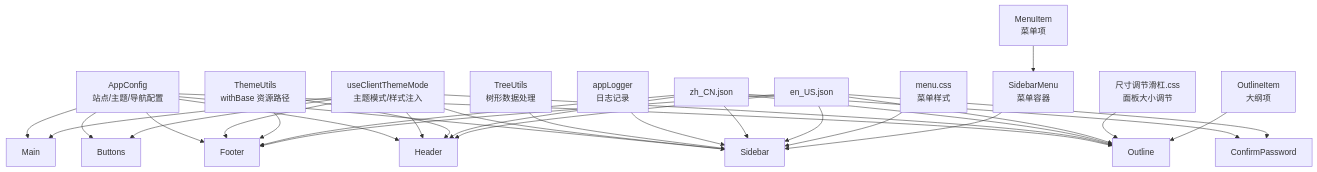
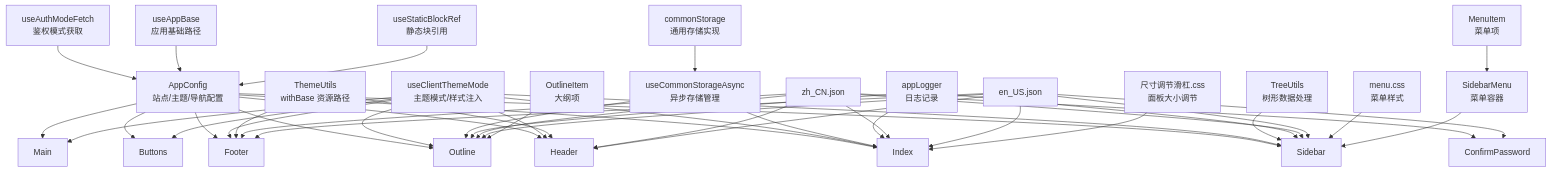
Before and after one commit to terwer/siyuan-plugin-blog: the second of 15 diagrams in .qoder/repowiki/zh/content/核心功能/UI 组件系统/UI 组件系统.md, drawn with Mermaid. The commit also changed other lines of this file and 6 other files, not shown here.

````diff
--- a/.qoder/repowiki/zh/content/核心功能/UI 组件系统/UI 组件系统.md
+++ b/.qoder/repowiki/zh/content/核心功能/UI 组件系统/UI 组件系统.md
@@ -219,34 +257,46 @@
 ```mermaid
 graph TB
 AC["AppConfig<br/>站点/主题/导航配置"] --> H["Header"]
 AC --> F["Footer"]
 AC --> S["Sidebar"]
+AC --> I["Index"]
 AC --> O["Outline"]
 AC --> B["Buttons"]
 AC --> M["Main"]
 TM["useClientThemeMode<br/>主题模式/样式注入"] --> H
 TM --> F
 TM --> S
+TM --> I
 TM --> O
 TM --> B
 TM --> M
+UCS["useCommonStorageAsync<br/>异步存储管理"] --> I
+UCS --> O
+CS["commonStorage<br/>通用存储实现"] --> UCS
+AF["useAuthModeFetch<br/>鉴权模式获取"] --> AC
+AB["useAppBase<br/>应用基础路径"] --> AC
 TU["ThemeUtils<br/>withBase 资源路径"] --> H
 TU --> F
 TR["TreeUtils<br/>树形数据处理"] --> S
 AL["appLogger<br/>日志记录"] --> S
+AL --> I
+AL --> O
+BSR["useStaticBlockRef<br/>静态块引用"] --> AC
 ZH["zh_CN.json"] --> H
 ZH --> F
 ZH --> S
+ZH --> I
 ZH --> O
 ZH --> CP["ConfirmPassword"]
 EN["en_US.json"] --> H
 EN --> F
 EN --> S
+EN --> I
 EN --> O
 EN --> CP
 MCSS["menu.css<br/>菜单样式"] --> S
-SLIDER["尺寸调节滑杠.css<br/>面板大小调节"] --> O
+SLIDER["尺寸调节滑杠.css<br/>面板大小调节"] --> I
 SM["SidebarMenu<br/>菜单容器"] --> S
 MI["MenuItem<br/>菜单项"] --> SM
 OI["OutlineItem<br/>大纲项"] --> O
 ```
````
